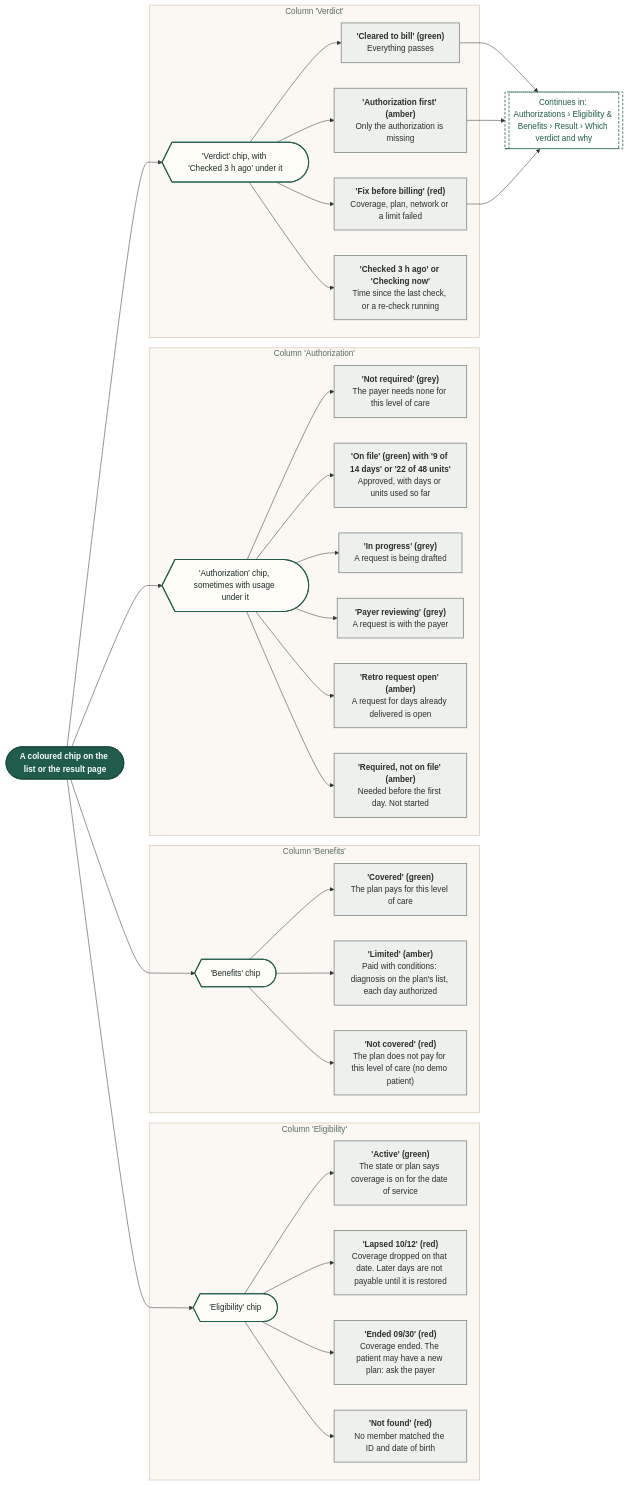
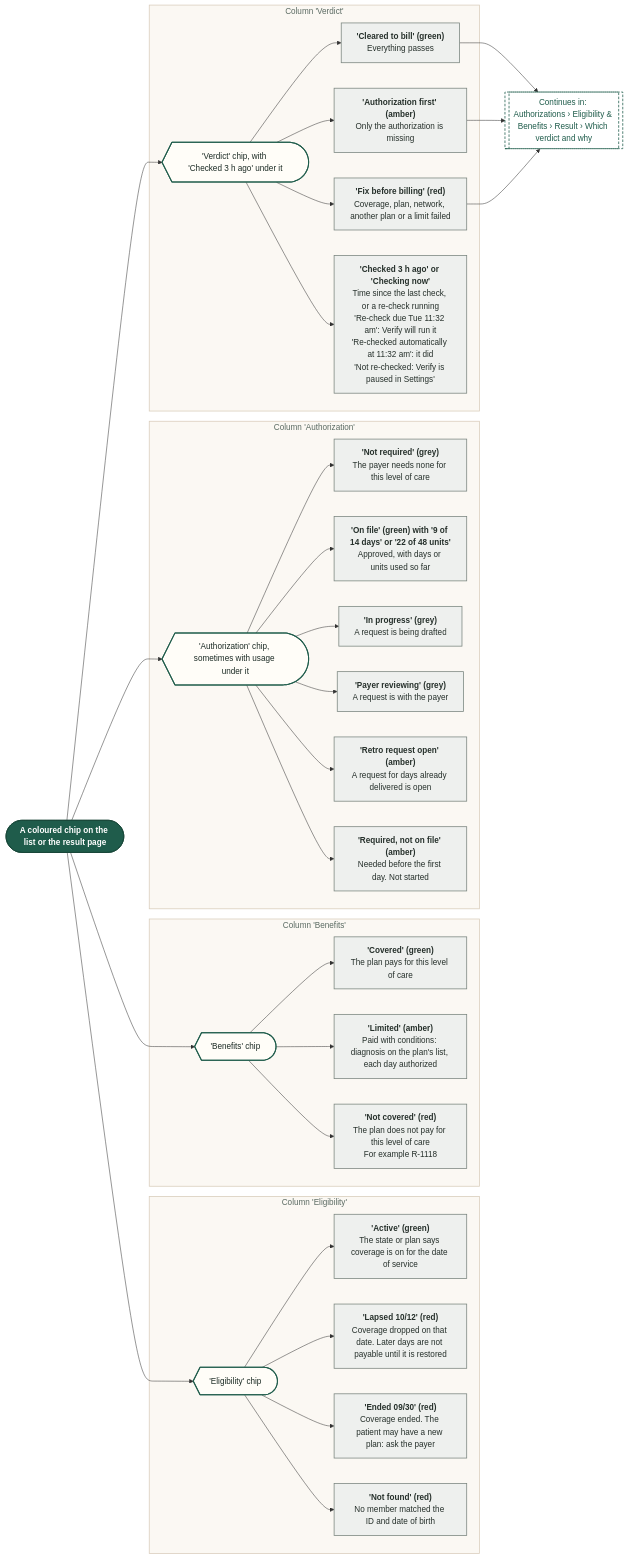
Before and after one commit to Shrav143/psyfloapp: diagram 15 of 19 in demos/prior-auth-demo/workflows/out/md/05-eligibility.md, drawn with Mermaid. The commit also changed other lines of this file and 195 other files, not shown here.

First line of the commit message:
docs: Rebuild workflow diagrams after the demo fixes (220 diagrams)

````diff
--- a/demos/prior-auth-demo/workflows/out/md/05-eligibility.md
+++ b/demos/prior-auth-demo/workflows/out/md/05-eligibility.md
@@ -1024,65 +1153,65 @@
 ```mermaid
 %%{init: {"theme":"base","themeVariables":{"fontFamily":"'DM Sans', 'Segoe UI', system-ui, sans-serif","fontSize":"15px","lineColor":"#5B6B63","primaryTextColor":"#1C2B25","clusterBkg":"#FBF8F3","clusterBorder":"#D9CDBB","edgeLabelBackground":"#FFFFFF"},"flowchart":{"curve":"basis","nodeSpacing":36,"rankSpacing":48,"padding":12,"htmlLabels":true,"useMaxWidth":false,"wrappingWidth":230}} }%%
 flowchart LR
   classDef k_start fill:#1F5C4B,stroke:#174638,color:#FFFFFF,stroke-width:1.5px,font-weight:600
   classDef k_end fill:#DDEFE3,stroke:#2E7D4F,color:#14502F,stroke-width:1.5px,font-weight:600
   classDef k_endx fill:#FBE3E0,stroke:#C0392B,color:#7A1F16,stroke-width:1.5px,font-weight:600
   classDef k_screen fill:#FFFDF8,stroke:#1F5C4B,color:#1C2B25,stroke-width:2px
   classDef k_overlay fill:#F1F7F3,stroke:#1F5C4B,color:#1C2B25,stroke-width:2px,stroke-dasharray:5 3
   classDef k_click fill:#DCEBFA,stroke:#2F6DB5,color:#12365F,stroke-width:1.5px
   classDef k_input fill:#E4E7FF,stroke:#4C5FD5,color:#1D2670,stroke-width:1.5px
   classDef k_process fill:#EEF0EE,stroke:#7A857F,color:#26302B,stroke-width:1.5px
   classDef k_agent fill:#EEE5FA,stroke:#7A4FC2,color:#341A63,stroke-width:1.5px
   classDef k_decision fill:#FFF0CC,stroke:#D9962B,color:#5C3B00,stroke-width:1.5px
   classDef k_store fill:#D5F0EA,stroke:#1C8E7B,color:#0B4A3F,stroke-width:1.5px
   classDef k_doc fill:#F6E9DC,stroke:#B07A4C,color:#4A2E14,stroke-width:1.5px
   classDef k_ext fill:#FFE6D2,stroke:#E07B39,color:#6B2F06,stroke-width:1.5px
   classDef k_wait fill:#E4E8EE,stroke:#6B7C93,color:#26303D,stroke-width:1.5px
   classDef k_toast fill:#FFF9DB,stroke:#C9A400,color:#5A4A00,stroke-width:1.5px
   classDef k_goto fill:#FFFFFF,stroke:#1F5C4B,color:#1F5C4B,stroke-width:1.5px,stroke-dasharray:5 3
   s1@{ shape: stadium, label: "A coloured chip on the list or the result page" }
   subgraph gE ["Column 'Eligibility'"]
   e0@{ shape: curv-trap, label: "'Eligibility' chip" }
   e1@{ shape: rect, label: "<b>'Active' (green)</b><br/>The state or plan says coverage is on for the date of service" }
   e2@{ shape: rect, label: "<b>'Lapsed 10/12' (red)</b><br/>Coverage dropped on that date. Later days are not payable until it is restored" }
   e3@{ shape: rect, label: "<b>'Ended 09/30' (red)</b><br/>Coverage ended. The patient may have a new plan: ask the payer" }
   e4@{ shape: rect, label: "<b>'Not found' (red)</b><br/>No member matched the ID and date of birth" }
   end
   subgraph gB ["Column 'Benefits'"]
   b0@{ shape: curv-trap, label: "'Benefits' chip" }
   b1@{ shape: rect, label: "<b>'Covered' (green)</b><br/>The plan pays for this level of care" }
   b2@{ shape: rect, label: "<b>'Limited' (amber)</b><br/>Paid with conditions: diagnosis on the plan's list, each day authorized" }
-  b3@{ shape: rect, label: "<b>'Not covered' (red)</b><br/>The plan does not pay for this level of care (no demo patient)" }
+  b3@{ shape: rect, label: "<b>'Not covered' (red)</b><br/>The plan does not pay for this level of care<br/>For example R-1118" }
   end
   subgraph gA ["Column 'Authorization'"]
   a0@{ shape: curv-trap, label: "'Authorization' chip, sometimes with usage under it" }
   a1@{ shape: rect, label: "<b>'Not required' (grey)</b><br/>The payer needs none for this level of care" }
   a2@{ shape: rect, label: "<b>'On file' (green) with '9 of 14 days' or '22 of 48 units'</b><br/>Approved, with days or units used so far" }
   a3@{ shape: rect, label: "<b>'In progress' (grey)</b><br/>A request is being drafted" }
   a4@{ shape: rect, label: "<b>'Payer reviewing' (grey)</b><br/>A request is with the payer" }
   a5@{ shape: rect, label: "<b>'Retro request open' (amber)</b><br/>A request for days already delivered is open" }
   a6@{ shape: rect, label: "<b>'Required, not on file' (amber)</b><br/>Needed before the first day. Not started" }
   end
   subgraph gV ["Column 'Verdict'"]
   v0@{ shape: curv-trap, label: "'Verdict' chip, with 'Checked 3 h ago' under it" }
   v1@{ shape: rect, label: "<b>'Cleared to bill' (green)</b><br/>Everything passes" }
   v2@{ shape: rect, label: "<b>'Authorization first' (amber)</b><br/>Only the authorization is missing" }
-  v3@{ shape: rect, label: "<b>'Fix before billing' (red)</b><br/>Coverage, plan, network or a limit failed" }
-  v4@{ shape: rect, label: "<b>'Checked 3 h ago' or 'Checking now'</b><br/>Time since the last check, or a re-check running" }
+  v3@{ shape: rect, label: "<b>'Fix before billing' (red)</b><br/>Coverage, plan, network, another plan or a limit failed" }
+  v4@{ shape: rect, label: "<b>'Checked 3 h ago' or 'Checking now'</b><br/>Time since the last check, or a re-check running<br/>'Re-check due Tue 11:32 am': Verify will run it<br/>'Re-checked automatically at 11:32 am': it did<br/>'Not re-checked: Verify is paused in Settings'" }
   end
   g1@{ shape: subproc, label: "Continues in: Authorizations › Eligibility & Benefits › Result › Which verdict and why" }
   s1 --> e0 & b0 & a0 & v0
   e0 --> e1 & e2 & e3 & e4
   b0 --> b1 & b2 & b3
   a0 --> a1 & a2 & a3 & a4 & a5 & a6
   v0 --> v1 & v2 & v3 & v4
   v1 & v2 & v3 --> g1
   class s1 k_start
   class e0,b0,a0,v0 k_screen
   class e1,e2,e3,e4,b1,b2,b3,a1,a2,a3,a4,a5,a6,v1,v2,v3,v4 k_process
   class g1 k_goto
   style gE fill:#FBF8F3,stroke:#D9CDBB,stroke-width:1.5px,color:#5B6B63
   style gB fill:#FBF8F3,stroke:#D9CDBB,stroke-width:1.5px,color:#5B6B63
   style gA fill:#FBF8F3,stroke:#D9CDBB,stroke-width:1.5px,color:#5B6B63
   style gV fill:#FBF8F3,stroke:#D9CDBB,stroke-width:1.5px,color:#5B6B63
 ```
````
